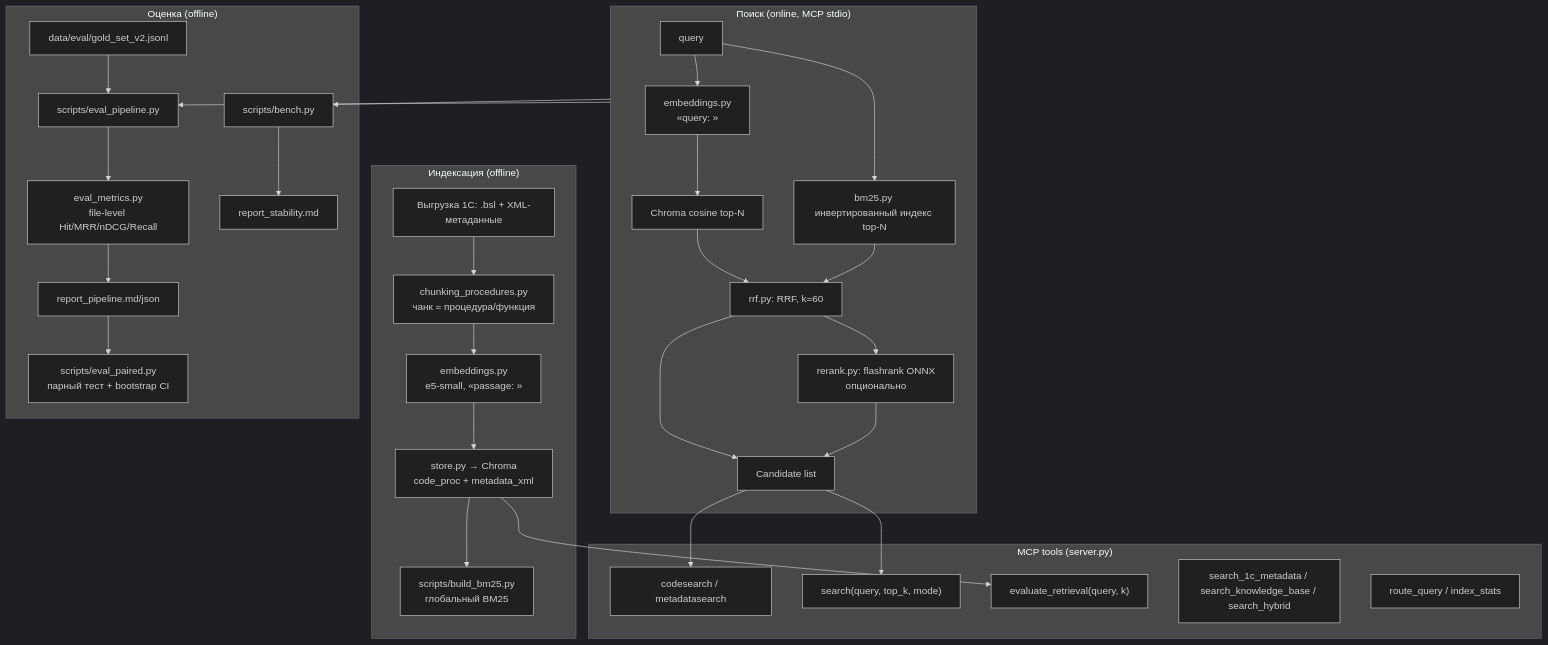
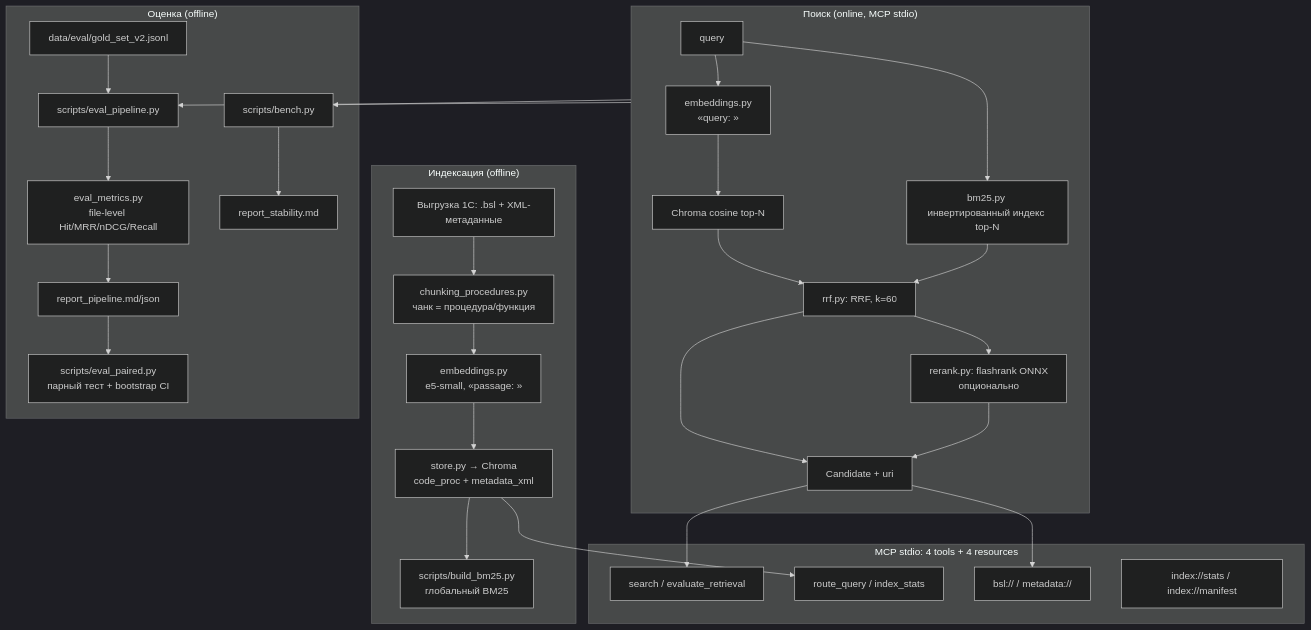
The diagram in docs/ARCHITECTURE.md (Smaturus/1c-mcp-rag-search), drawn with Mermaid (dark theme) before and after one commit. The commit also changed other lines of this file and 3 other files, not shown here.

Commit message:
docs: align 0.6.0 architecture, history and changelog

````diff
--- a/docs/ARCHITECTURE.md
+++ b/docs/ARCHITECTURE.md
@@ -26,42 +26,41 @@
 ```mermaid
 flowchart TB
     subgraph Indexing["Индексация (offline)"]
         SRC[Выгрузка 1С: .bsl + XML-метаданные] --> CH[chunking_procedures.py<br/>чанк = процедура/функция]
         CH --> EMB[embeddings.py<br/>e5-small, «passage: »]
         EMB --> ST[store.py → Chroma<br/>code_proc + metadata_xml]
         ST --> BM[scripts/build_bm25.py<br/>глобальный BM25]
     end
 
     subgraph Serving["Поиск (online, MCP stdio)"]
         Q[query] --> EQ[embeddings.py<br/>«query: »]
         EQ --> VS[Chroma cosine top-N]
         Q --> BS[bm25.py инвертированный индекс top-N]
         VS --> RRF[rrf.py: RRF, k=60]
         BS --> RRF
         RRF --> RR[rerank.py: flashrank ONNX<br/>опционально]
-        RRF --> OUT[Candidate list]
+        RRF --> OUT[Candidate + uri]
         RR --> OUT
     end
 
-    subgraph MCP["MCP tools (server.py)"]
-        T1[codesearch / metadatasearch]
-        T2["search(query, top_k, mode)"]
-        T3["evaluate_retrieval(query, k)"]
-        T4["search_1c_metadata / search_knowledge_base / search_hybrid"]
-        T5["route_query / index_stats"]
+    subgraph MCP["MCP stdio: 4 tools + 4 resources"]
+        T1["search / evaluate_retrieval"]
+        T2["route_query / index_stats"]
+        R1["bsl:// / metadata://"]
+        R2["index://stats / index://manifest"]
     end
 
     subgraph Eval["Оценка (offline)"]
         G[data/eval/gold_set_v2.jsonl] --> EP[scripts/eval_pipeline.py]
         EP --> M[eval_metrics.py<br/>file-level Hit/MRR/nDCG/Recall]
         M --> REP[report_pipeline.md/json]
         REP --> PAIRED[scripts/eval_paired.py<br/>парный тест + bootstrap CI]
         BEN[scripts/bench.py] --> BL[report_stability.md]
     end
 
     OUT --> T1
-    OUT --> T2
-    ST --> T3
+    OUT --> R1
+    ST --> T2
     Serving --> EP
     Serving --> BEN
 ```
````
